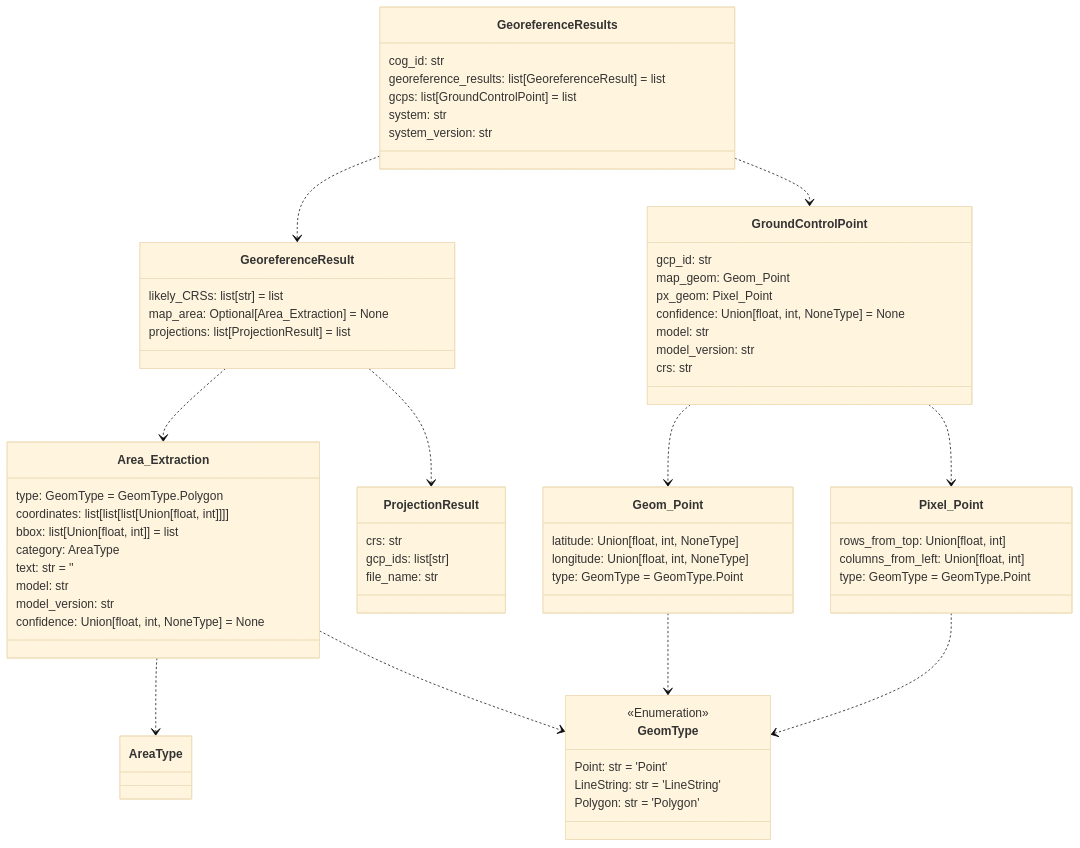
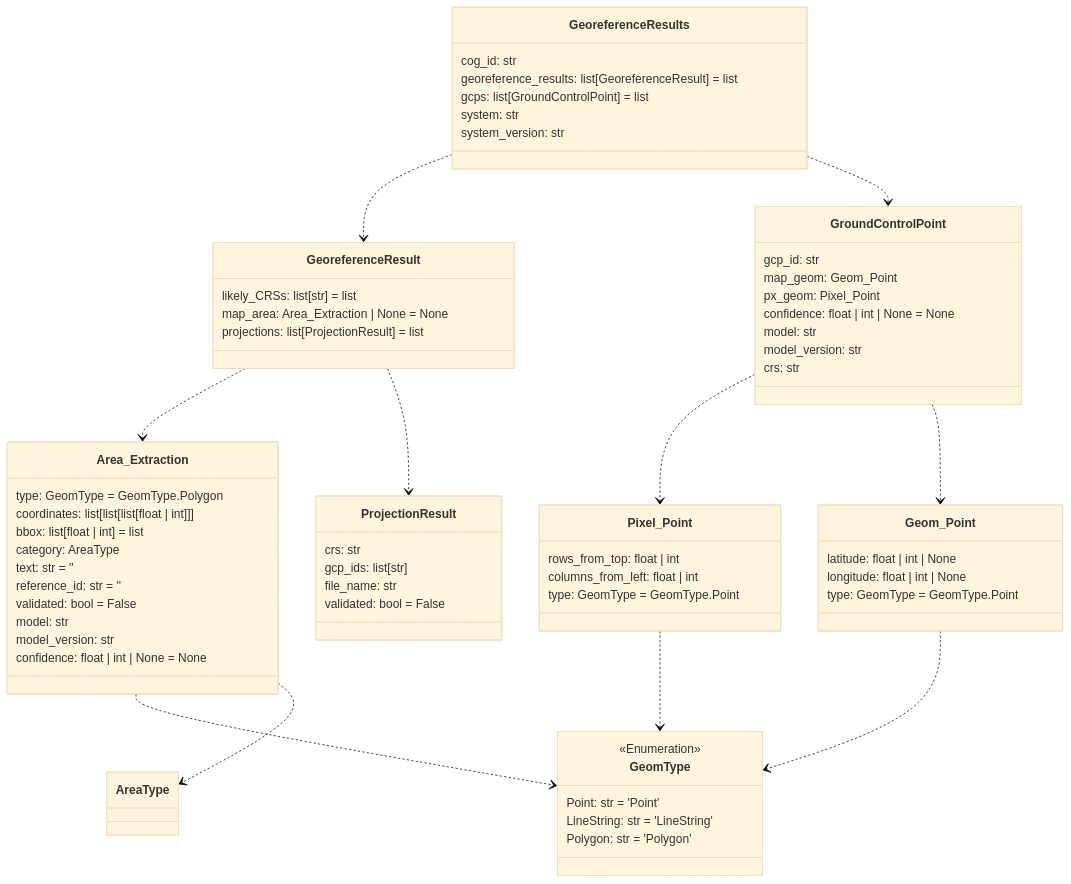
Before and after one commit to DARPA-CRITICALMAAS/cdr_schemas: the second of 14 diagrams in README.md, drawn with Mermaid (base theme). The commit also changed other lines of this file and 3 other files, not shown here.

First line of the commit message:
TA3 Schema Integration and Metadata Parsing (#36)

````diff
--- a/README.md
+++ b/README.md
@@ -113,76 +117,79 @@
 ```mermaid
 classDiagram
-
-    class GroundControlPoint {
-        gcp_id: str
-        map_geom: Geom_Point
-        px_geom: Pixel_Point
-        confidence: Union[float, int, NoneType] = None
-        model: str
-        model_version: str
-        crs: str
-    }
-
-    class Area_Extraction {
-        type: GeomType = GeomType.Polygon
-        coordinates: list[list[list[Union[float, int]]]]
-        bbox: list[Union[float, int]] = list
-        category: AreaType
-        text: str = ''
-        model: str
-        model_version: str
-        confidence: Union[float, int, NoneType] = None
-    }
-
-    class ProjectionResult {
-        crs: str
-        gcp_ids: list[str]
-        file_name: str
-    }
-
-    class GeoreferenceResult {
-        likely_CRSs: list[str] = list
-        map_area: Optional[Area_Extraction] = None
-        projections: list[ProjectionResult] = list
-    }
-
-    class GeomType {
-        <<Enumeration>>
-        Point: str = 'Point'
-        LineString: str = 'LineString'
-        Polygon: str = 'Polygon'
-    }
-
-    class Pixel_Point {
-        rows_from_top: Union[float, int]
-        columns_from_left: Union[float, int]
-        type: GeomType = GeomType.Point
-    }
 
     class GeoreferenceResults {
         cog_id: str
         georeference_results: list[GeoreferenceResult] = list
         gcps: list[GroundControlPoint] = list
         system: str
         system_version: str
     }
 
     class Geom_Point {
-        latitude: Union[float, int, NoneType]
-        longitude: Union[float, int, NoneType]
+        latitude: float | int | None
+        longitude: float | int | None
         type: GeomType = GeomType.Point
     }
 
+    class GeoreferenceResult {
+        likely_CRSs: list[str] = list
+        map_area: Area_Extraction | None = None
+        projections: list[ProjectionResult] = list
+    }
+
+    class Pixel_Point {
+        rows_from_top: float | int
+        columns_from_left: float | int
+        type: GeomType = GeomType.Point
+    }
+
+    class GeomType {
+        <<Enumeration>>
+        Point: str = 'Point'
+        LineString: str = 'LineString'
+        Polygon: str = 'Polygon'
+    }
+
+    class Area_Extraction {
+        type: GeomType = GeomType.Polygon
+        coordinates: list[list[list[float | int]]]
+        bbox: list[float | int] = list
+        category: AreaType
+        text: str = ''
+        reference_id: str = ''
+        validated: bool = False
+        model: str
+        model_version: str
+        confidence: float | int | None = None
+    }
+
+    class ProjectionResult {
+        crs: str
+        gcp_ids: list[str]
+        file_name: str
+        validated: bool = False
+    }
+
+    class GroundControlPoint {
+        gcp_id: str
+        map_geom: Geom_Point
+        px_geom: Pixel_Point
+        confidence: float | int | None = None
+        model: str
+        model_version: str
+        crs: str
+    }
+
+    Area_Extraction ..> GeomType
     Area_Extraction ..> AreaType
-    Area_Extraction ..> GeomType
     Geom_Point ..> GeomType
     Pixel_Point ..> GeomType
     GroundControlPoint ..> Pixel_Point
     GroundControlPoint ..> Geom_Point
     GeoreferenceResult ..> Area_Extraction
     GeoreferenceResult ..> ProjectionResult
+    GeoreferenceResults ..> GeoreferenceResult
     GeoreferenceResults ..> GroundControlPoint
-    GeoreferenceResults ..> GeoreferenceResult
 
 
 ```
````
